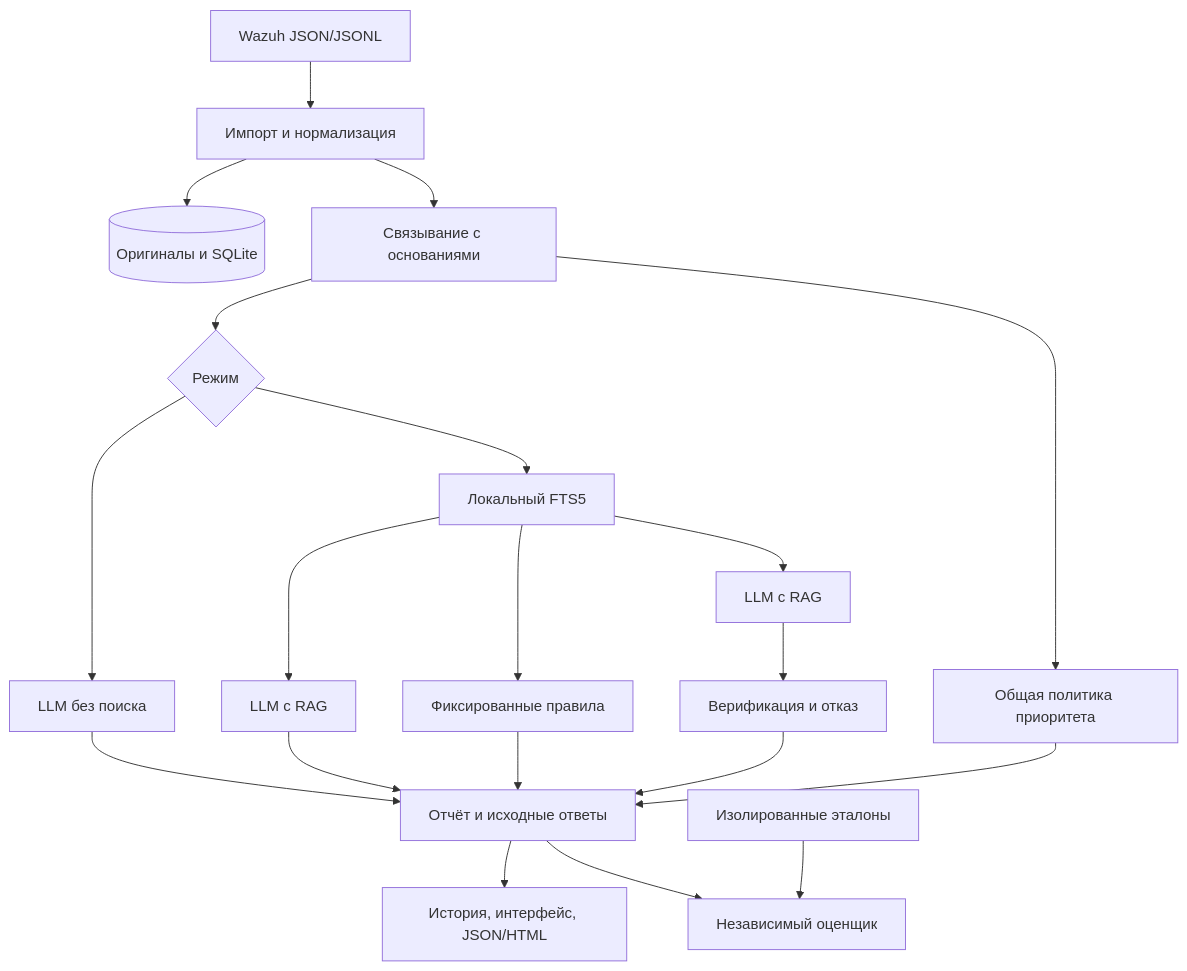
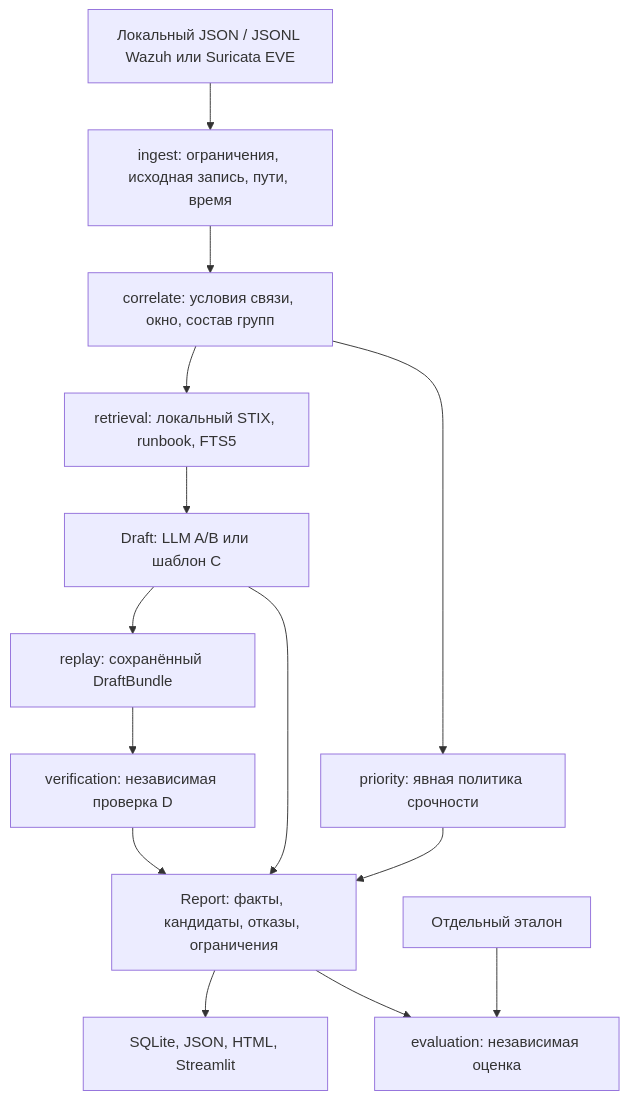
The diagram in local-soc-assistant/docs/ARCHITECTURE.md (CucarachaAntonio/Mega_git_lab), drawn with Mermaid before and after one commit. The commit also changed other lines of this file and 103 other files, not shown here.

````diff
--- a/local-soc-assistant/docs/ARCHITECTURE.md
+++ b/local-soc-assistant/docs/ARCHITECTURE.md
@@ -5,22 +7,16 @@
 ```mermaid
 flowchart TD
- I[Wazuh JSON/JSONL] --> N[Импорт и нормализация]
- N --> S[(Оригиналы и SQLite)]
- N --> C[Связывание с основаниями]
- C --> P[Общая политика приоритета]
- C --> X{Режим}
- X --> A[LLM без поиска]
- X --> R[Локальный FTS5]
- R --> B[LLM с RAG]
- R --> CR[Фиксированные правила]
- R --> D[LLM с RAG]
- D --> V[Верификация и отказ]
- A --> O[Отчёт и исходные ответы]
- B --> O
- CR --> O
- V --> O
- P --> O
- O --> UI[История, интерфейс, JSON/HTML]
- O --> E[Независимый оценщик]
- G[Изолированные эталоны] --> E
+  Input[Локальный JSON / JSONL Wazuh или Suricata EVE] --> Import[ingest: ограничения, исходная запись, пути, время]
+  Import --> Cases[correlate: условия связи, окно, состав групп]
+  Cases --> Search[retrieval: локальный STIX, runbook, FTS5]
+  Cases --> Priority[priority: явная политика срочности]
+  Search --> Draft[Draft: LLM A/B или шаблон C]
+  Draft --> Bundle[replay: сохранённый DraftBundle]
+  Bundle --> Verify[verification: независимая проверка D]
+  Verify --> Report[Report: факты, кандидаты, отказы, ограничения]
+  Draft --> Report
+  Priority --> Report
+  Report --> Local[SQLite, JSON, HTML, Streamlit]
+  Gold[Отдельный эталон] --> Eval[evaluation: независимая оценка]
+  Report --> Eval
 ```
````
